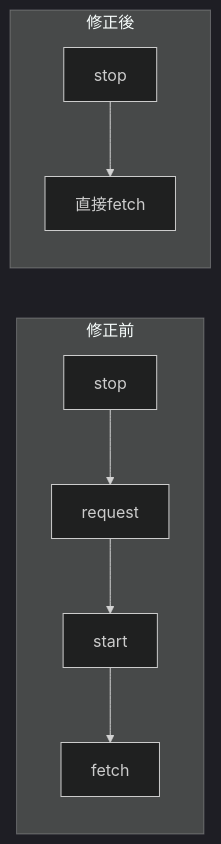
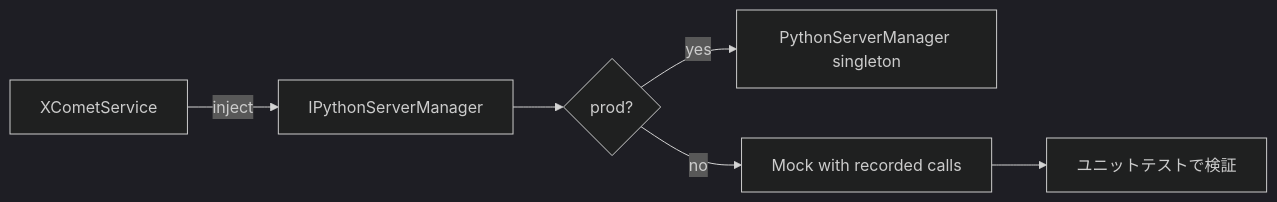
Before and after one commit to shuji-bonji/xcomet-mcp-server: the fifth of 8 diagrams in tests/README.md, drawn with Mermaid (dark theme). The commit also changed other lines of this file and 18 other files, not shown here.

````diff
--- a/tests/README.md
+++ b/tests/README.md
@@ -140,12 +147,8 @@
 ```mermaid
 flowchart LR
-    subgraph "修正前"
-        A1[stop] --> B1[request]
-        B1 --> C1[start]
-        C1 --> D1[fetch]
-    end
-
-    subgraph "修正後"
-        A2[stop] --> D2[直接fetch]
-    end
+    A[XCometService] -->|inject| B[IPythonServerManager]
+    B --> C{prod?}
+    C -->|yes| D[PythonServerManager singleton]
+    C -->|no| E[Mock with recorded calls]
+    E --> F[ユニットテストで検証]
 ```
````
